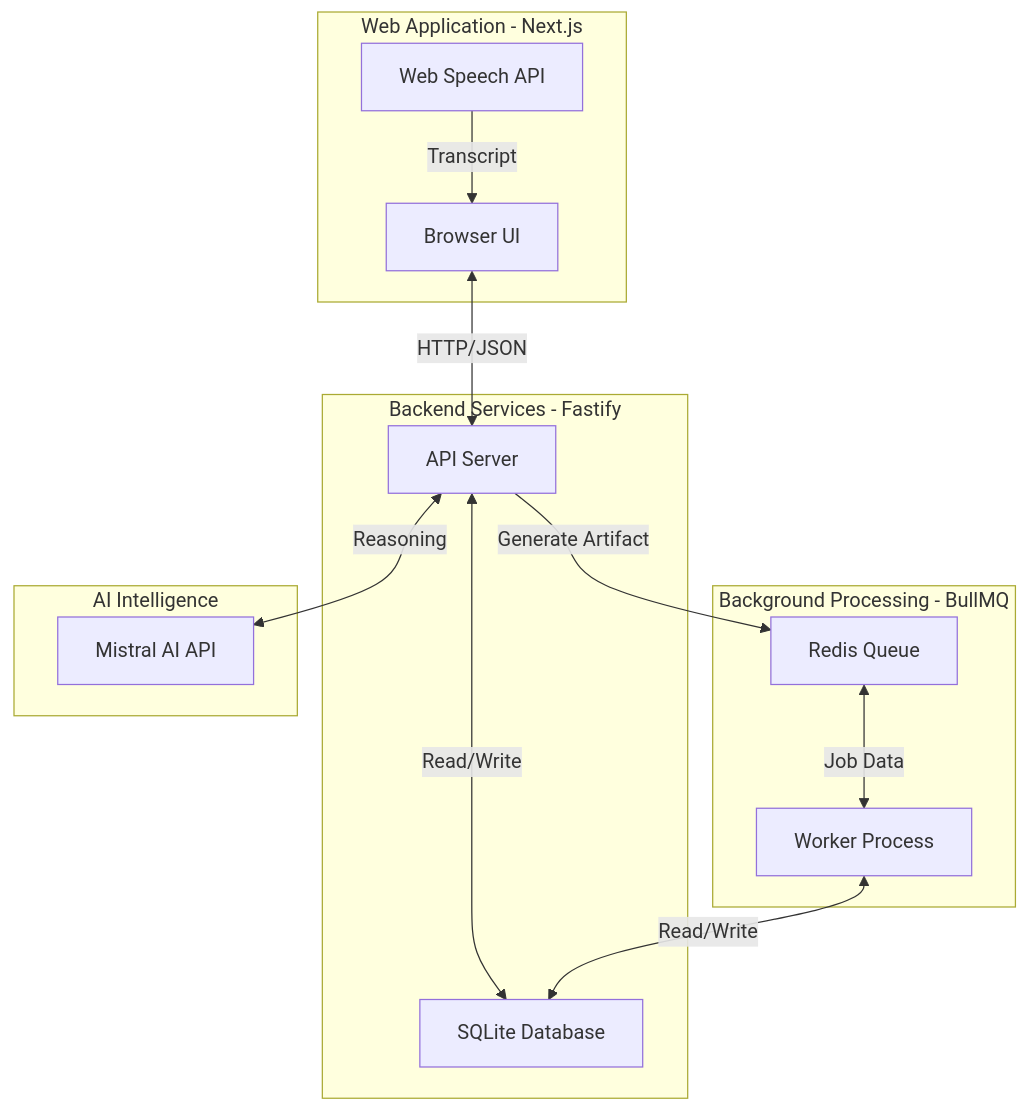
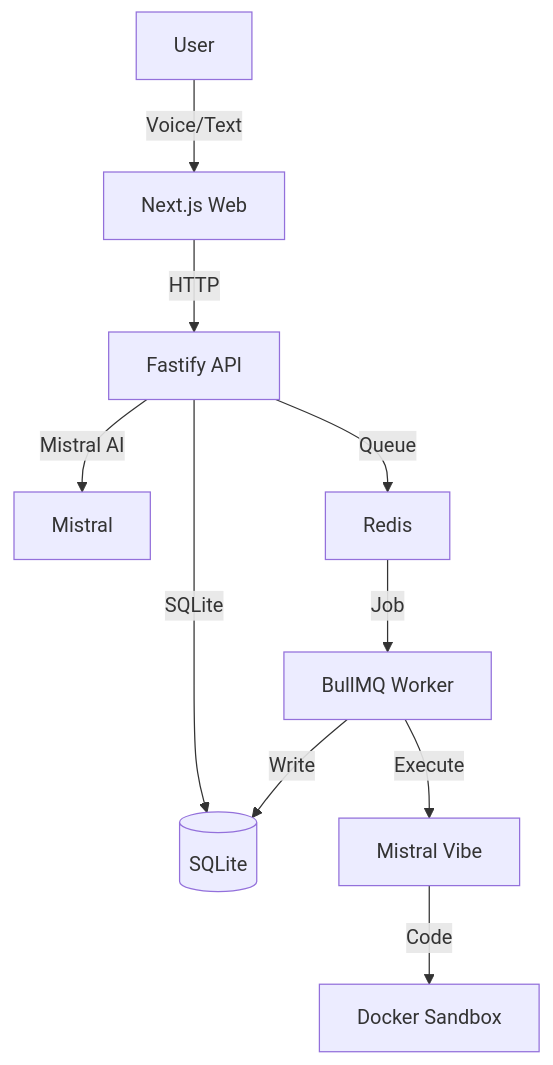
One commit to patrickpassosb/the-architect changed the diagram in README.md. Above: the diagram before and after it, drawn with Mermaid. The commit also changed other lines of this file and 1 other file, not shown here.

````diff
--- a/README.md
+++ b/README.md
@@ -23,29 +209,12 @@
 ```mermaid
 graph TD
-    subgraph Frontend [Web Application - Next.js]
-        A[Browser UI]
-        B[Web Speech API]
-    end
-
-    subgraph Backend [Backend Services - Fastify]
-        C[API Server]
-        D[SQLite Database]
-    end
-
-    subgraph Async [Background Processing - BullMQ]
-        E[Redis Queue]
-        F[Worker Process]
-    end
-
-    subgraph AI [AI Intelligence]
-        G[Mistral AI API]
-    end
-
-    A <-->|HTTP/JSON| C
-    B -->|Transcript| A
-    C <-->|Read/Write| D
-    C -->|Generate Artifact| E
-    E <-->|Job Data| F
-    F <-->|Read/Write| D
-    C <-->|Reasoning| G
+    User[User] -->|Voice/Text| Web[Next.js Web]
+    Web -->|HTTP| API[Fastify API]
+    API -->|Mistral AI| AI[Mistral]
+    API -->|SQLite| DB[(SQLite)]
+    API -->|Queue| Redis[Redis]
+    Redis -->|Job| Worker[BullMQ Worker]
+    Worker -->|Write| DB
+    Worker -->|Execute| Vibe[Mistral Vibe]
+    Vibe -->|Code| Sandbox[Docker Sandbox]
 ```
````
